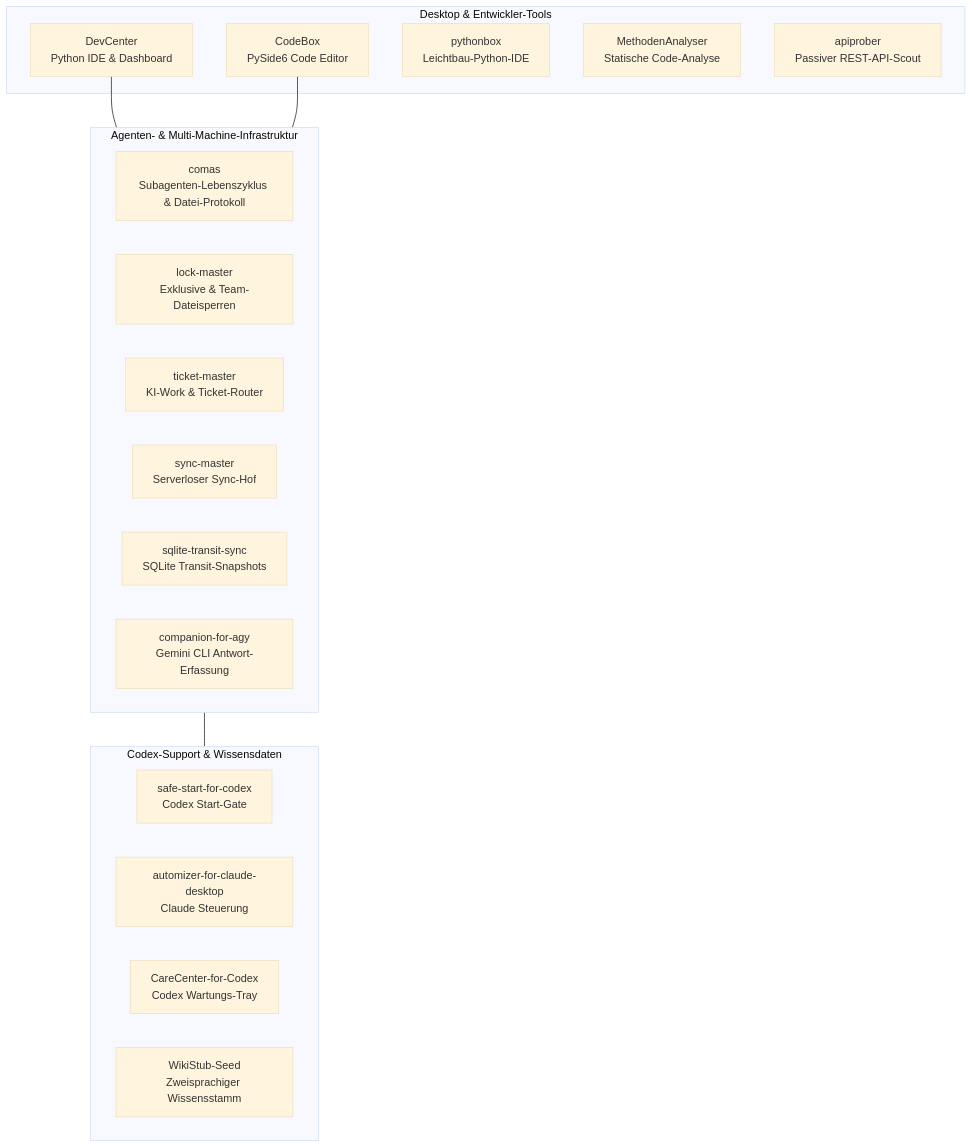
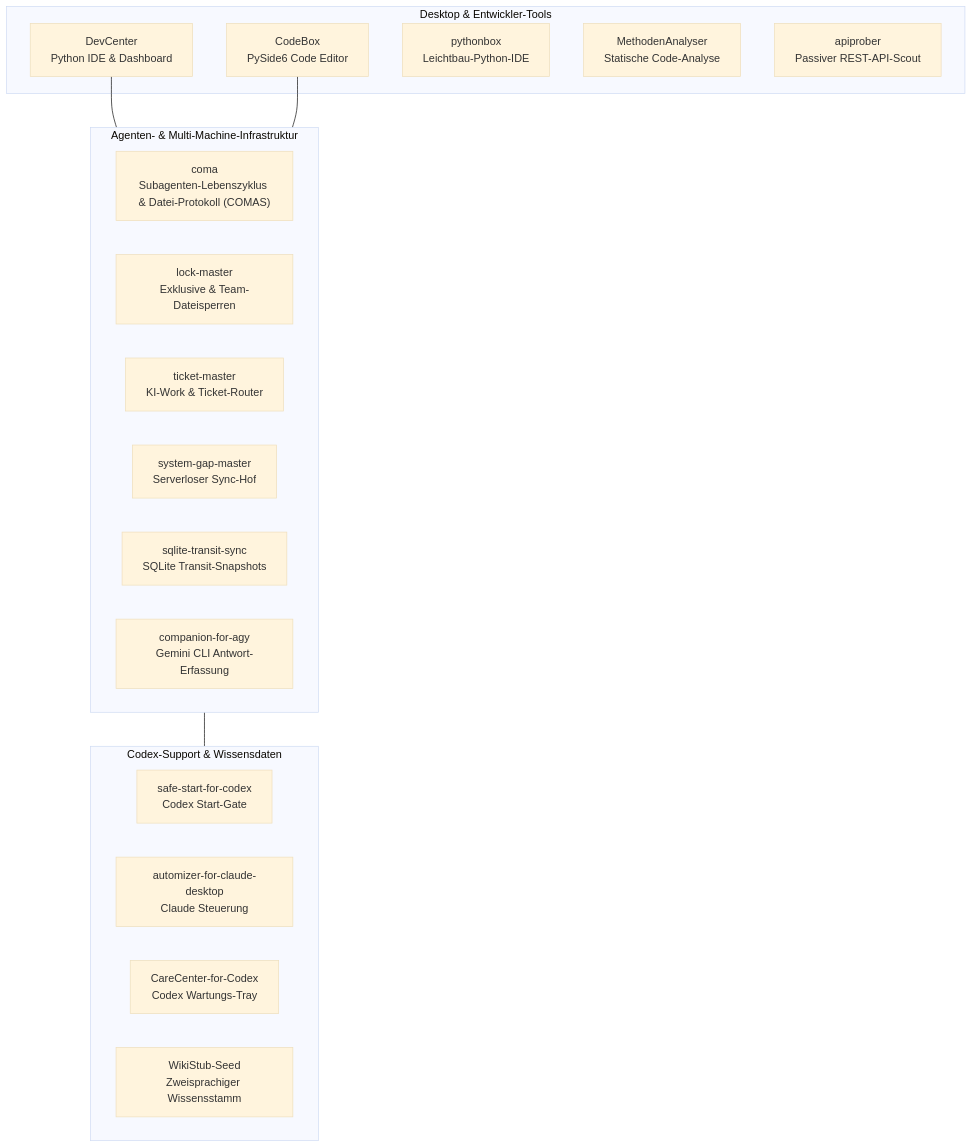
Before and after one commit to dev-bricks/.github: the diagram in profile/README_de.md, drawn with Mermaid (base theme). The commit also changed other lines of this file and 4 other files, not shown here.

````diff
--- a/profile/README_de.md
+++ b/profile/README_de.md
@@ -79,30 +79,30 @@
 ```mermaid
 flowchart TD
   subgraph IDE["Desktop & Entwickler-Tools"]
     DC["DevCenter<br/>Python IDE & Dashboard"]
     CB["CodeBox<br/>PySide6 Code Editor"]
     PB["pythonbox<br/>Leichtbau-Python-IDE"]
     MA["MethodenAnalyser<br/>Statische Code-Analyse"]
     AP["apiprober<br/>Passiver REST-API-Scout"]
   end
 
   subgraph INFRA["Agenten- & Multi-Machine-Infrastruktur"]
-    COM["comas<br/>Subagenten-Lebenszyklus & Datei-Protokoll"]
+    COM["coma<br/>Subagenten-Lebenszyklus & Datei-Protokoll (COMAS)"]
     LM["lock-master<br/>Exklusive & Team-Dateisperren"]
     TM["ticket-master<br/>KI-Work & Ticket-Router"]
-    SM["sync-master<br/>Serverloser Sync-Hof"]
+    SGM["system-gap-master<br/>Serverloser Sync-Hof"]
     STS["sqlite-transit-sync<br/>SQLite Transit-Snapshots"]
     AGY["companion-for-agy<br/>Gemini CLI Antwort-Erfassung"]
   end
 
   subgraph AGENT["Codex-Support & Wissensdaten"]
     SSC["safe-start-for-codex<br/>Codex Start-Gate"]
     ACD["automizer-for-claude-desktop<br/>Claude Steuerung"]
     CCC["CareCenter-for-Codex<br/>Codex Wartungs-Tray"]
     WSS["WikiStub-Seed<br/>Zweisprachiger Wissensstamm"]
   end
 
   DC --- INFRA
   CB --- INFRA
   INFRA --- AGENT
 ```
````
